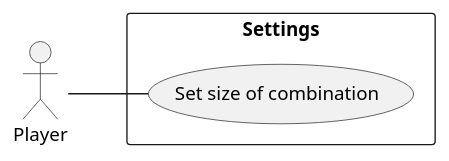
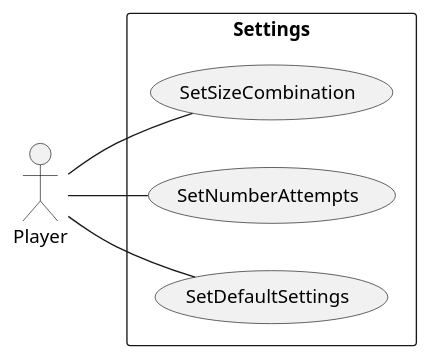
One commit to vfred0/mastermind changed the diagram in docs/1-requeriments/1-actors-use-cases/settings.puml. Above: the diagram before and after it, drawn with PlantUML. The commit also changed 11 other files, not shown here.

```diff
--- a/docs/1-requeriments/1-actors-use-cases/settings.puml
+++ b/docs/1-requeriments/1-actors-use-cases/settings.puml
@@ -1,8 +1,10 @@
 @startuml
 left to right direction
 actor Player
 
 rectangle "Settings" {
-    Player -- (Set size of combination)
+    Player -- (SetSizeCombination)
+    Player -- (SetNumberAttempts)
+    Player -- (SetDefaultSettings)
 }
 @enduml
```
